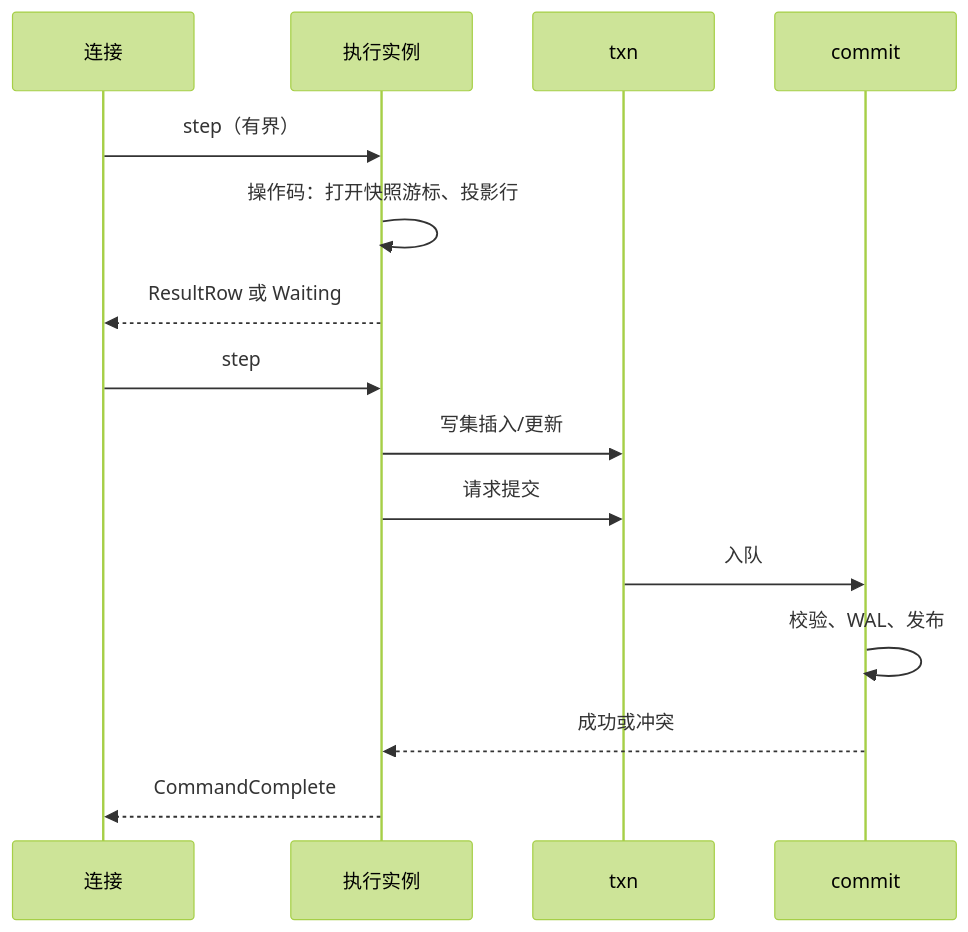
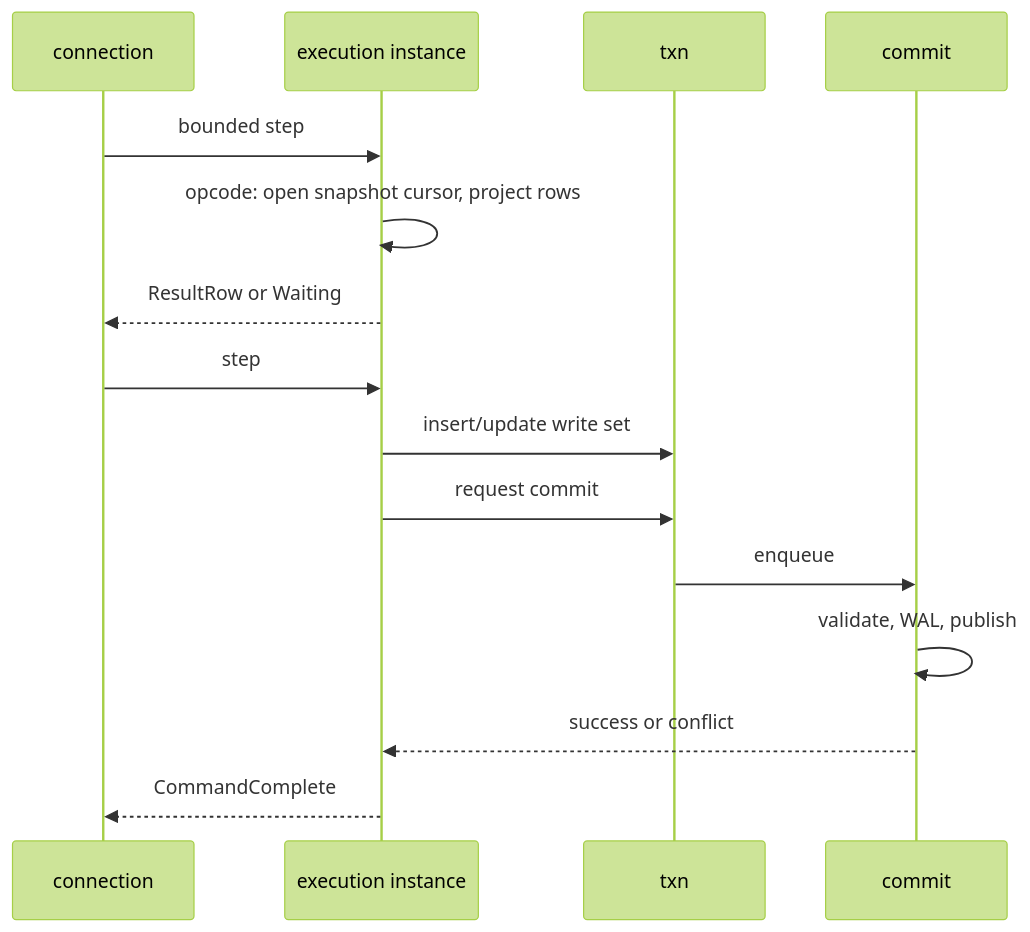
Before and after one commit to viloris-org/Pico: the second of 2 diagrams in docs/architecture/vdbe.md, drawn with Mermaid (forest theme). The commit also changed other lines of this file and 30 other files, not shown here.

````diff
--- a/docs/architecture/vdbe.md
+++ b/docs/architecture/vdbe.md
@@ -108,18 +103,17 @@
 ```mermaid
 sequenceDiagram
-  participant C as 连接
-  participant V as 执行实例
+  participant C as connection
+  participant V as execution instance
   participant T as txn
   participant W as commit
-
-  C->>V: step（有界）
-  V->>V: 操作码：打开快照游标、投影行
-  V-->>C: ResultRow 或 Waiting
+  C->>V: bounded step
+  V->>V: opcode: open snapshot cursor, project rows
+  V-->>C: ResultRow or Waiting
   C->>V: step
-  V->>T: 写集插入/更新
-  V->>T: 请求提交
-  T->>W: 入队
-  W->>W: 校验、WAL、发布
-  W-->>V: 成功或冲突
+  V->>T: insert/update write set
+  V->>T: request commit
+  T->>W: enqueue
+  W->>W: validate, WAL, publish
+  W-->>V: success or conflict
   V-->>C: CommandComplete
 ```
````
